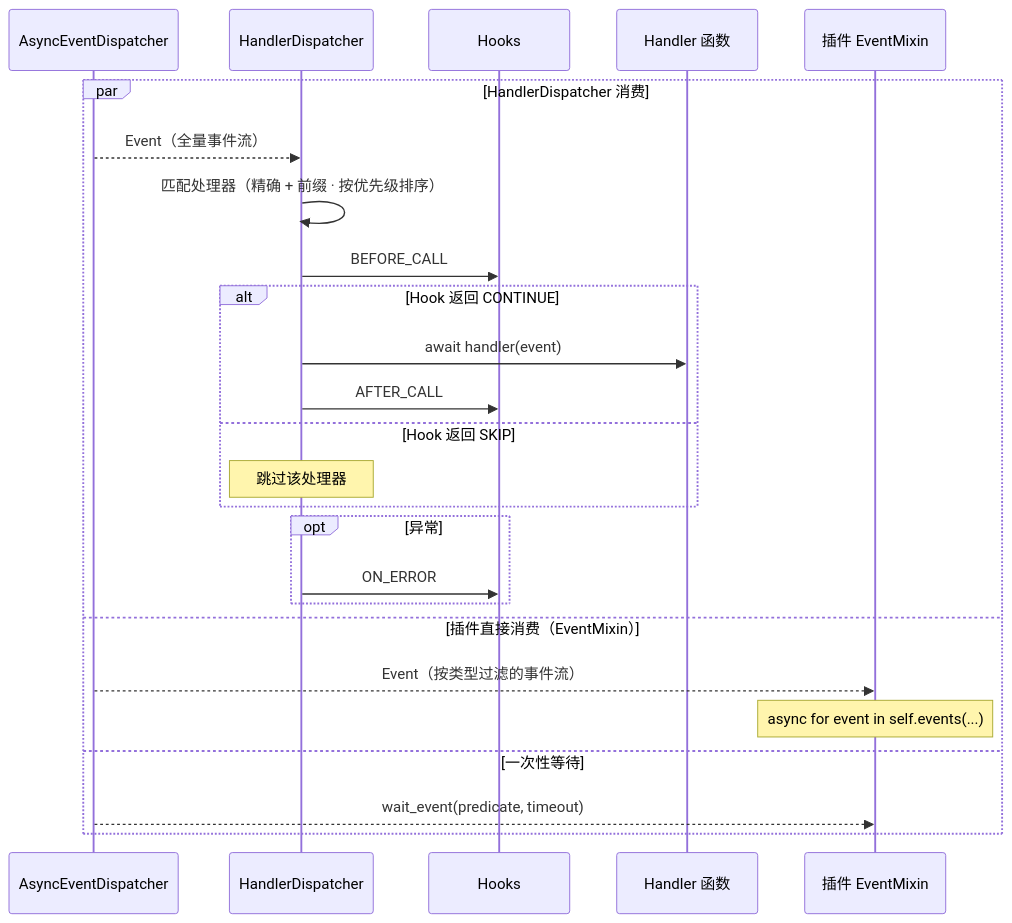
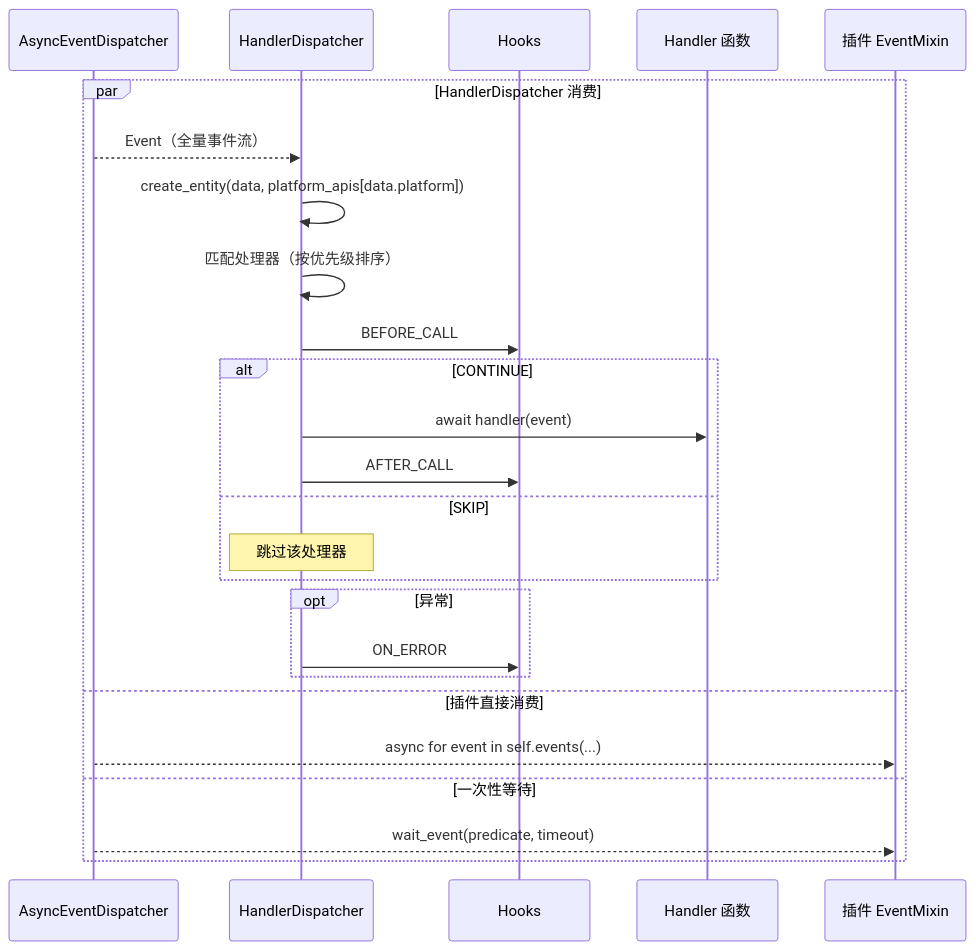
One commit to Sparrived/ncatbot changed diagram 14 of 16 in docs/architecture.md. Above: the diagram before and after it, drawn with Mermaid. The commit also changed other lines of this file and 91 other files, not shown here.

````diff
--- a/docs/architecture.md
+++ b/docs/architecture.md
@@ -592,28 +748,28 @@
 ```mermaid
 sequenceDiagram
     participant Disp as AsyncEventDispatcher
     participant HDis as HandlerDispatcher
     participant Hook as Hooks
     participant Handler as Handler 函数
     participant Plugin as 插件 EventMixin
 
     par HandlerDispatcher 消费
         Disp-->>HDis: Event（全量事件流）
-        HDis->>HDis: 匹配处理器（精确 + 前缀 · 按优先级排序）
+        HDis->>HDis: create_entity(data, platform_apis[data.platform])
+        HDis->>HDis: 匹配处理器（按优先级排序）
         HDis->>Hook: BEFORE_CALL
-        alt Hook 返回 CONTINUE
+        alt CONTINUE
             HDis->>Handler: await handler(event)
             HDis->>Hook: AFTER_CALL
-        else Hook 返回 SKIP
+        else SKIP
             Note over HDis: 跳过该处理器
         end
         opt 异常
             HDis->>Hook: ON_ERROR
         end
-    and 插件直接消费（EventMixin）
-        Disp-->>Plugin: Event（按类型过滤的事件流）
-        Note over Plugin: async for event in self.events(...)
+    and 插件直接消费
+        Disp-->>Plugin: async for event in self.events(...)
     and 一次性等待
         Disp-->>Plugin: wait_event(predicate, timeout)
     end
 ```
````
